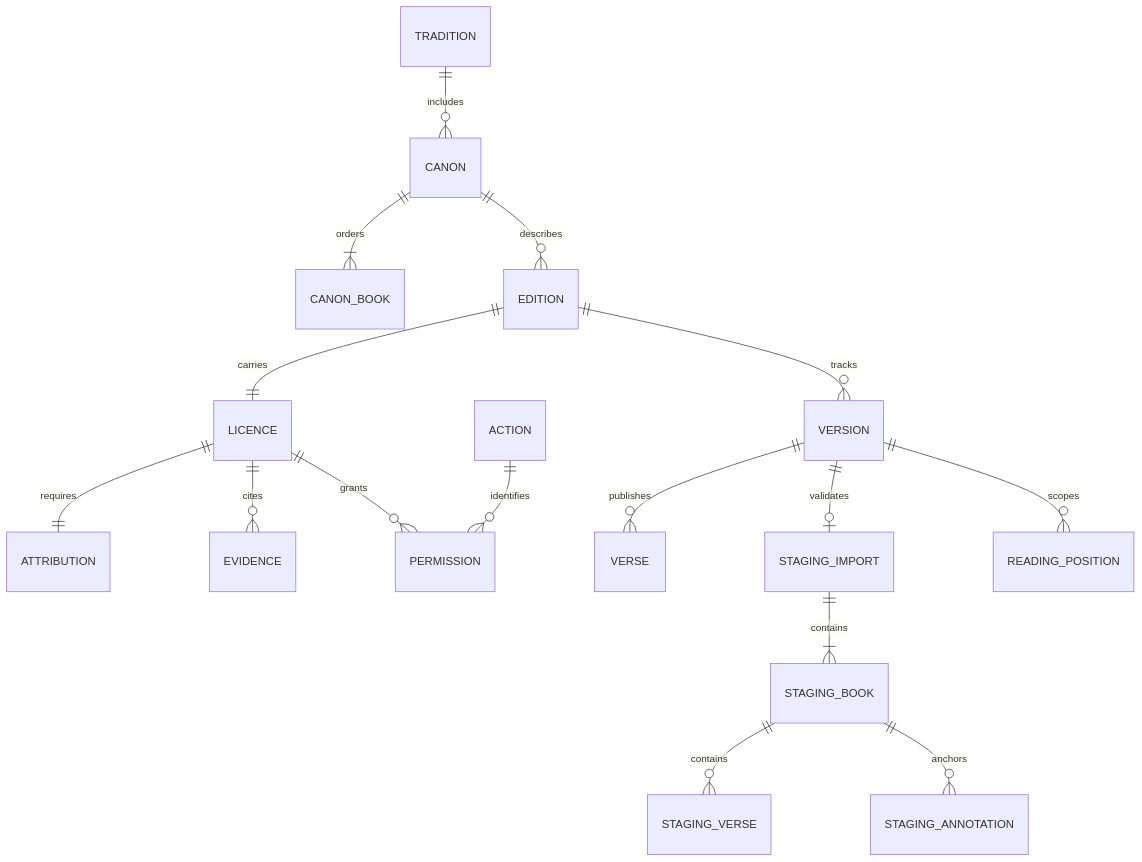
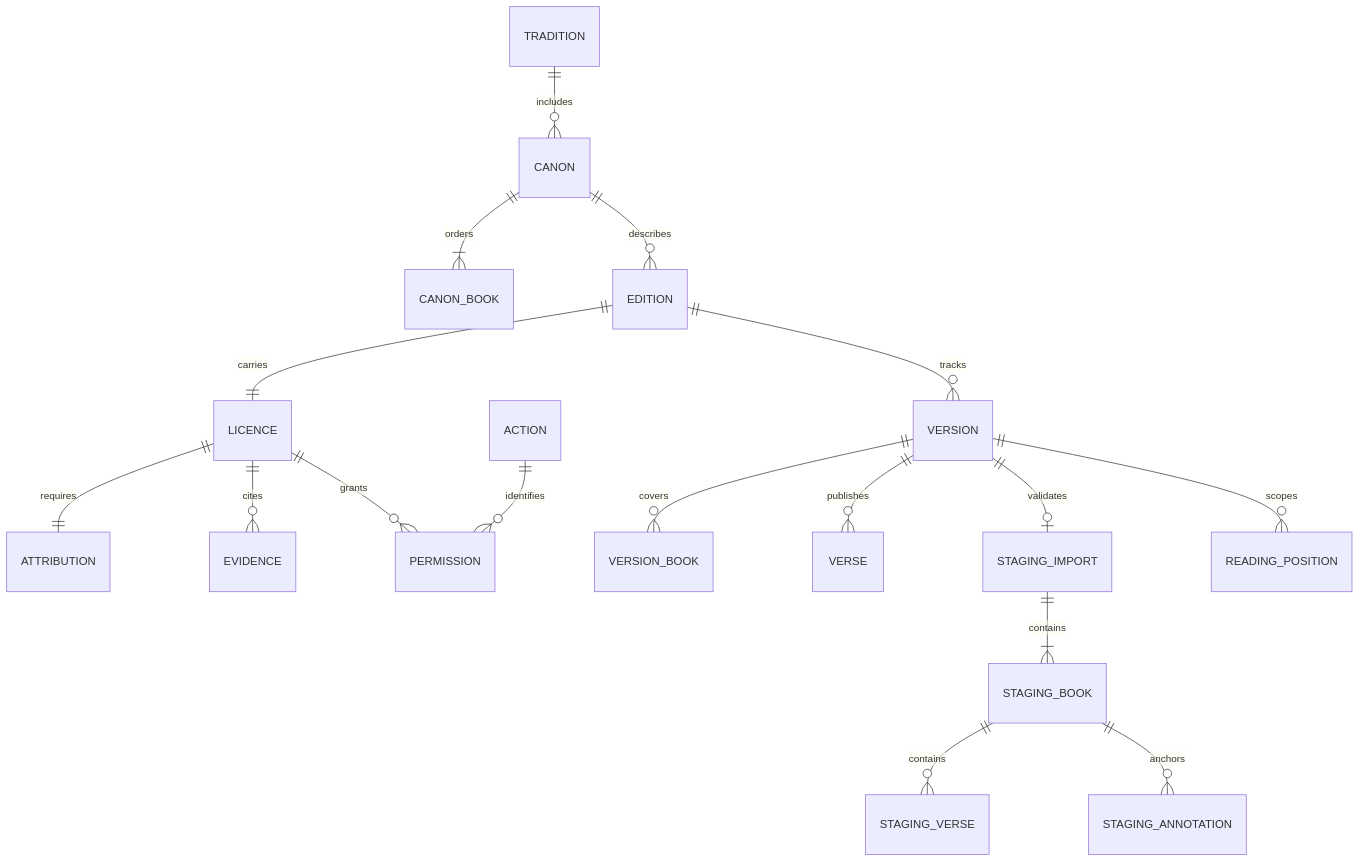
The diagram in packages/db/README.md (ravichandrareddy-projects/UNDERSTAND_BIBLE), drawn with Mermaid before and after one commit. The commit also changed other lines of this file and 16 other files, not shown here.

````diff
--- a/packages/db/README.md
+++ b/packages/db/README.md
@@ -13,18 +14,19 @@
 ```mermaid
 erDiagram
     TRADITION ||--o{ CANON : includes
     CANON ||--|{ CANON_BOOK : orders
     CANON ||--o{ EDITION : describes
     EDITION ||--|| LICENCE : carries
     LICENCE ||--|| ATTRIBUTION : requires
     LICENCE ||--o{ EVIDENCE : cites
     LICENCE ||--o{ PERMISSION : grants
     ACTION ||--o{ PERMISSION : identifies
     EDITION ||--o{ VERSION : tracks
+    VERSION ||--o{ VERSION_BOOK : covers
     VERSION ||--o{ VERSE : publishes
     VERSION ||--o| STAGING_IMPORT : validates
     STAGING_IMPORT ||--|{ STAGING_BOOK : contains
     STAGING_BOOK ||--o{ STAGING_VERSE : contains
     STAGING_BOOK ||--o{ STAGING_ANNOTATION : anchors
     VERSION ||--o{ READING_POSITION : scopes
 ```
````
